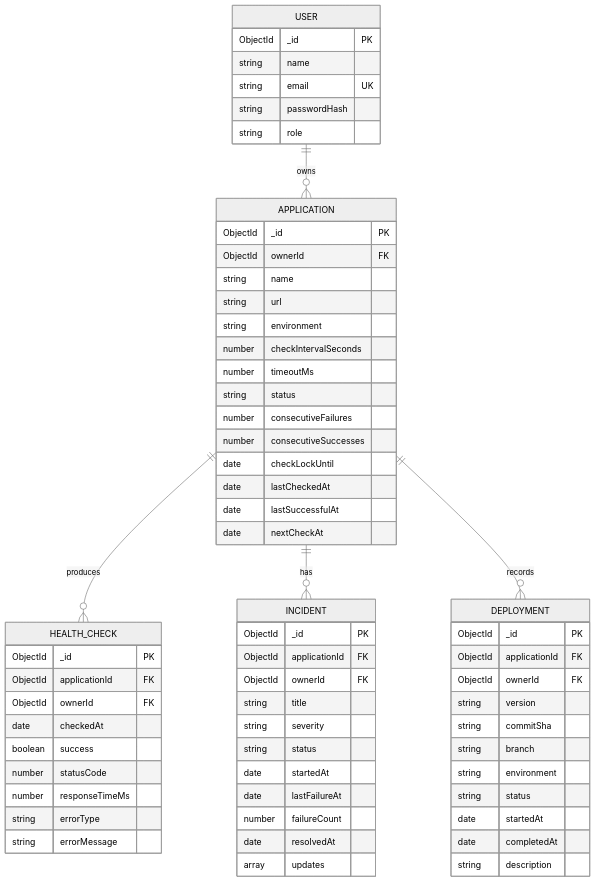
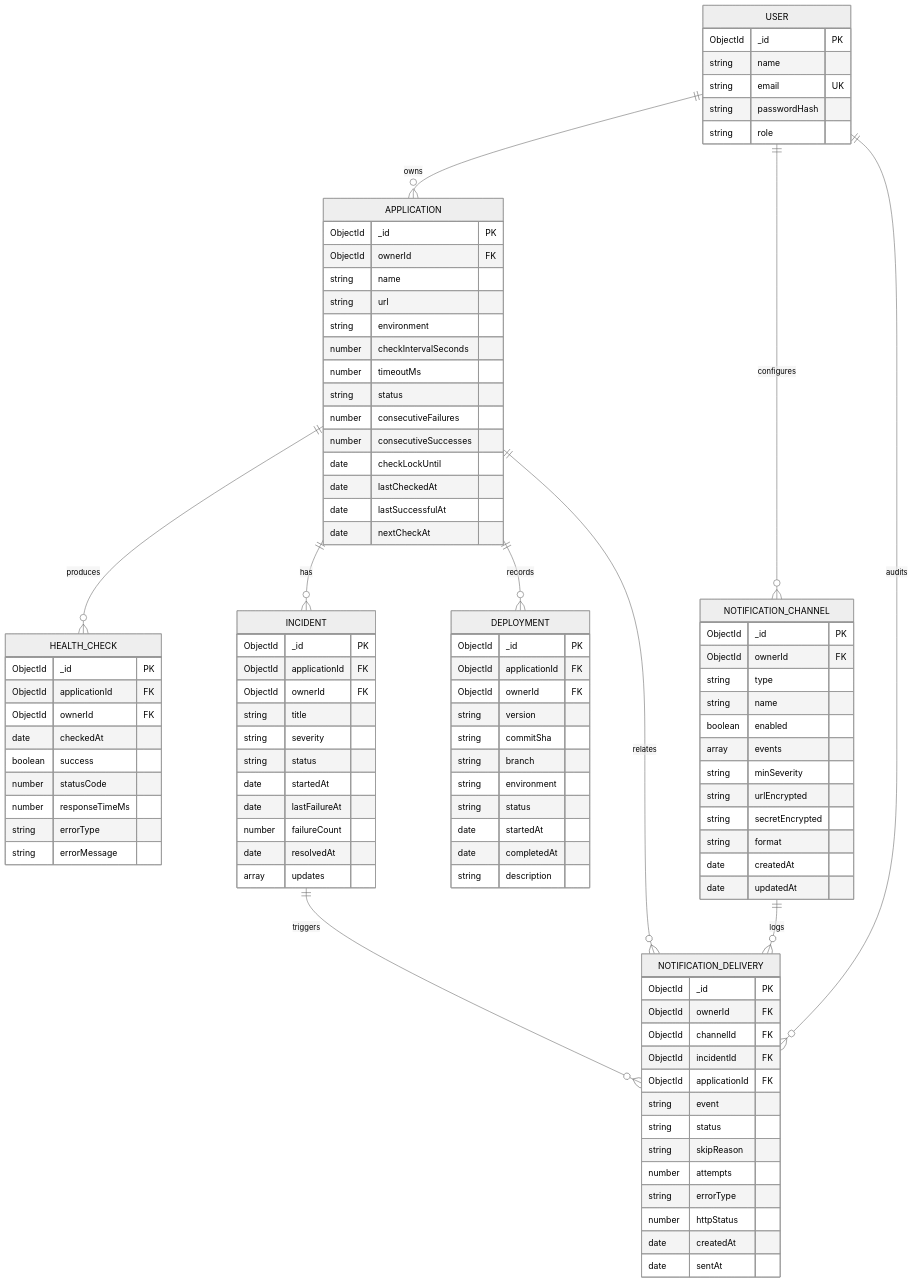
The second of 2 diagrams in ARCHITECTURE.md (gaurav27-kit/DevOpsPulse), drawn with Mermaid (neutral theme) before and after one commit. The commit also changed other lines of this file and 161 other files, not shown here.

````diff
--- a/ARCHITECTURE.md
+++ b/ARCHITECTURE.md
@@ -67,9 +75,14 @@
 ```mermaid
 erDiagram
   USER ||--o{ APPLICATION : owns
+  USER ||--o{ NOTIFICATION_CHANNEL : configures
+  USER ||--o{ NOTIFICATION_DELIVERY : audits
   APPLICATION ||--o{ HEALTH_CHECK : produces
   APPLICATION ||--o{ INCIDENT : has
   APPLICATION ||--o{ DEPLOYMENT : records
+  APPLICATION ||--o{ NOTIFICATION_DELIVERY : relates
+  NOTIFICATION_CHANNEL ||--o{ NOTIFICATION_DELIVERY : logs
+  INCIDENT ||--o{ NOTIFICATION_DELIVERY : triggers
   USER {
     ObjectId _id PK
     string name
@@ -130,4 +143,33 @@
     date completedAt
     string description
   }
+  NOTIFICATION_CHANNEL {
+    ObjectId _id PK
+    ObjectId ownerId FK
+    string type
+    string name
+    boolean enabled
+    array events
+    string minSeverity
+    string urlEncrypted
+    string secretEncrypted
+    string format
+    date createdAt
+    date updatedAt
+  }
+  NOTIFICATION_DELIVERY {
+    ObjectId _id PK
+    ObjectId ownerId FK
+    ObjectId channelId FK
+    ObjectId incidentId FK
+    ObjectId applicationId FK
+    string event
+    string status
+    string skipReason
+    number attempts
+    string errorType
+    number httpStatus
+    date createdAt
+    date sentAt
+  }
 ```
````
